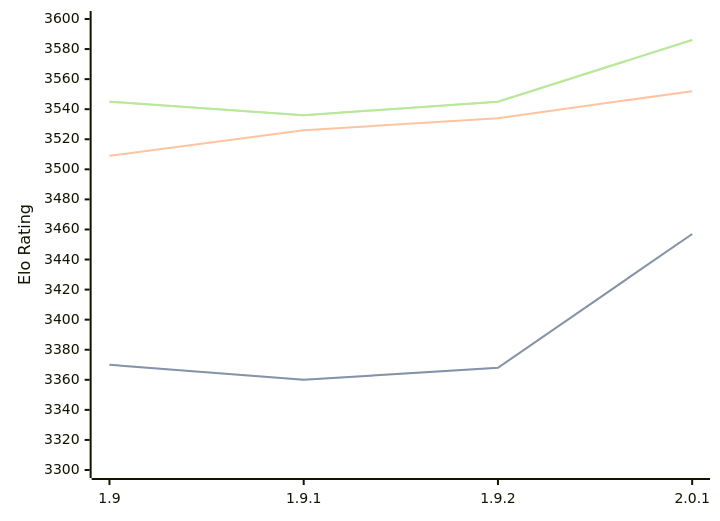
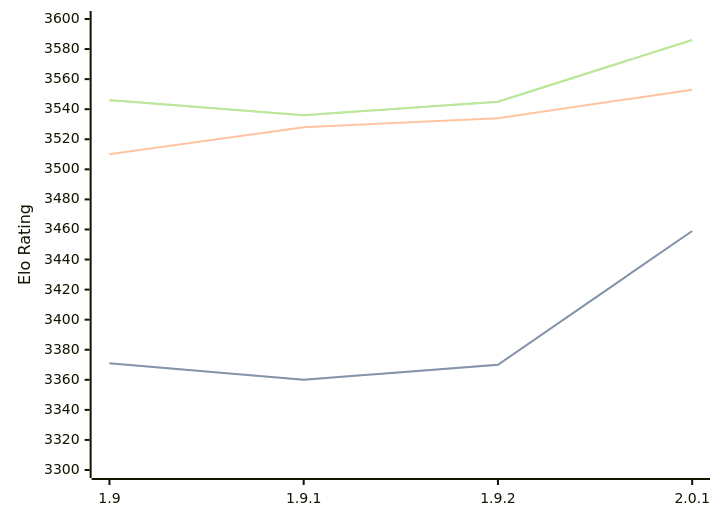
The diagram in engines/Pawnocchio.md (computer-chess-index/cci), drawn with Mermaid before and after one commit. The commit also changed other lines of this file, not shown here.

Commit message:
Update CCI Ratings (ELO VLTC) - 2026-08-20

````diff
--- a/engines/Pawnocchio.md
+++ b/engines/Pawnocchio.md
@@ -36,11 +36,11 @@
 ```mermaid
 %%{init: {"theme":"base","themeVariables":{"seriesColors:['#a3a3a3','#222221','#faa371']}}}%%
 xychart-beta
   x-axis ["1.9", "1.9.1", "1.9.2", "2.0.1"]
   y-axis "Elo Rating" 3300 --> 3600
-  line "STC (8.0+0.08s)" [3370, 3360, 3368, 3457]
-  line "STC (8.0+0.08s)" [3370, 3360, 3368, 3457]
-  line "LTC (60.0+0.60s)" [3509, 3526, 3534, 3552]
-  line "VLTC (2m24s+1.12s)" [3545, 3536, 3545, 3586]
-  line "VLTC (2m24s+1.12s)" [3545, 3536, 3545, 3586]
+  line "STC (8.0+0.08s)" [3371, 3360, 3370, 3459]
+  line "STC (8.0+0.08s)" [3371, 3360, 3370, 3459]
+  line "LTC (60.0+0.60s)" [3510, 3528, 3534, 3553]
+  line "VLTC (2m24s+1.12s)" [3546, 3536, 3545, 3586]
+  line "VLTC (2m24s+1.12s)" [3546, 3536, 3545, 3586]
 ```
````
